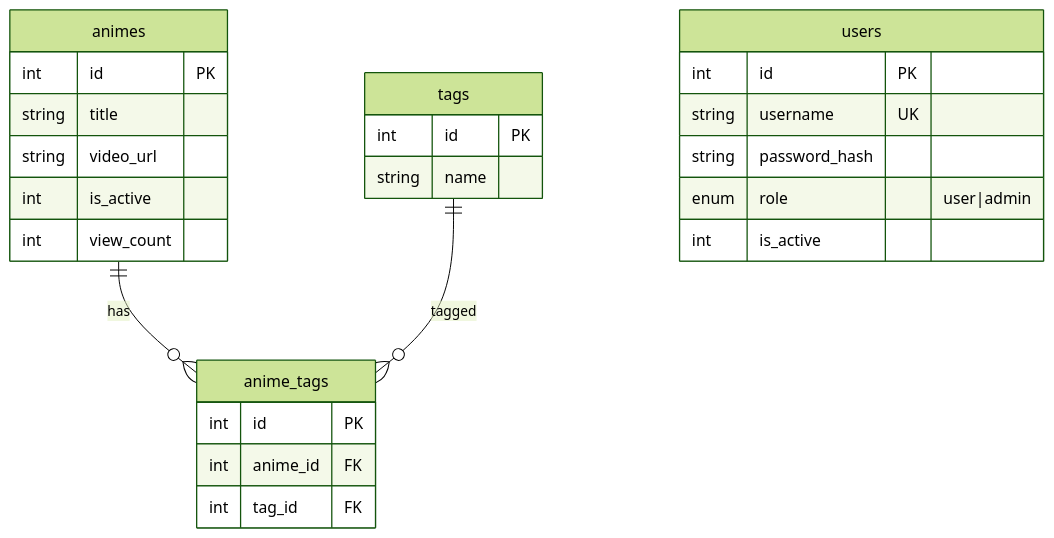
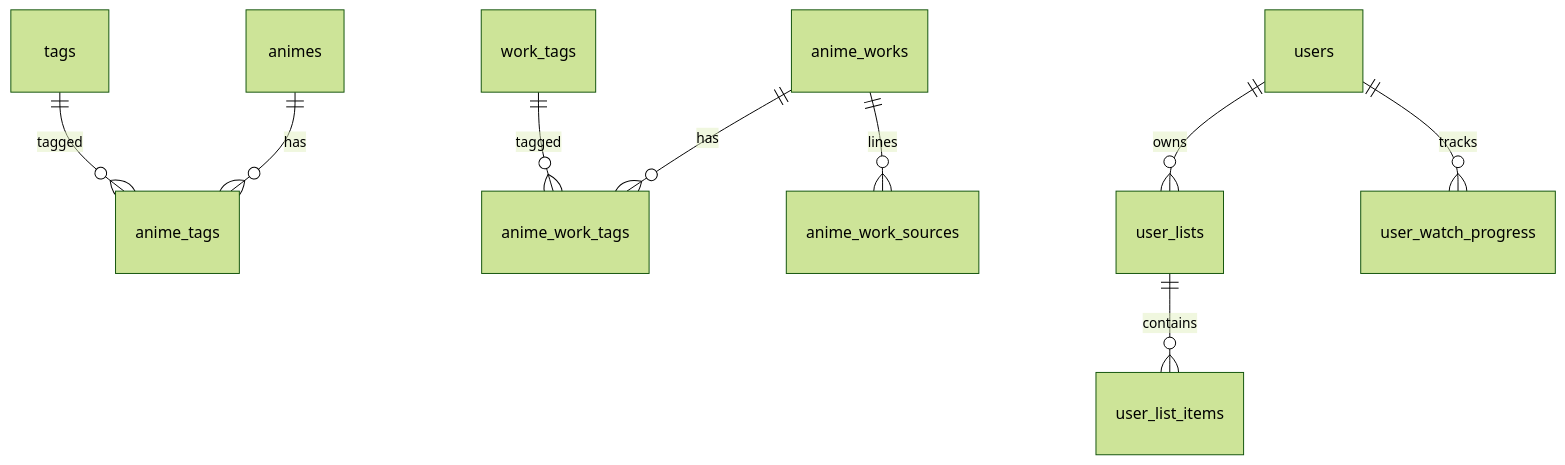
The fourth of 4 diagrams in docs/architecture.md (SakurajimMai/hentaiworkers), drawn with Mermaid (forest theme) before and after one commit. The commit also changed other lines of this file and 227 other files, not shown here.

````diff
--- a/docs/architecture.md
+++ b/docs/architecture.md
@@ -110,28 +136,11 @@
 ```mermaid
 erDiagram
   animes ||--o{ anime_tags : has
   tags ||--o{ anime_tags : tagged
-  users {
-    int id PK
-    string username UK
-    string password_hash
-    enum role "user|admin"
-    int is_active
-  }
-  animes {
-    int id PK
-    string title
-    string video_url
-    int is_active
-    int view_count
-  }
-  tags {
-    int id PK
-    string name
-  }
-  anime_tags {
-    int id PK
-    int anime_id FK
-    int tag_id FK
-  }
+  anime_works ||--o{ anime_work_tags : has
+  work_tags ||--o{ anime_work_tags : tagged
+  anime_works ||--o{ anime_work_sources : lines
+  users ||--o{ user_lists : owns
+  user_lists ||--o{ user_list_items : contains
+  users ||--o{ user_watch_progress : tracks
 ```
````
